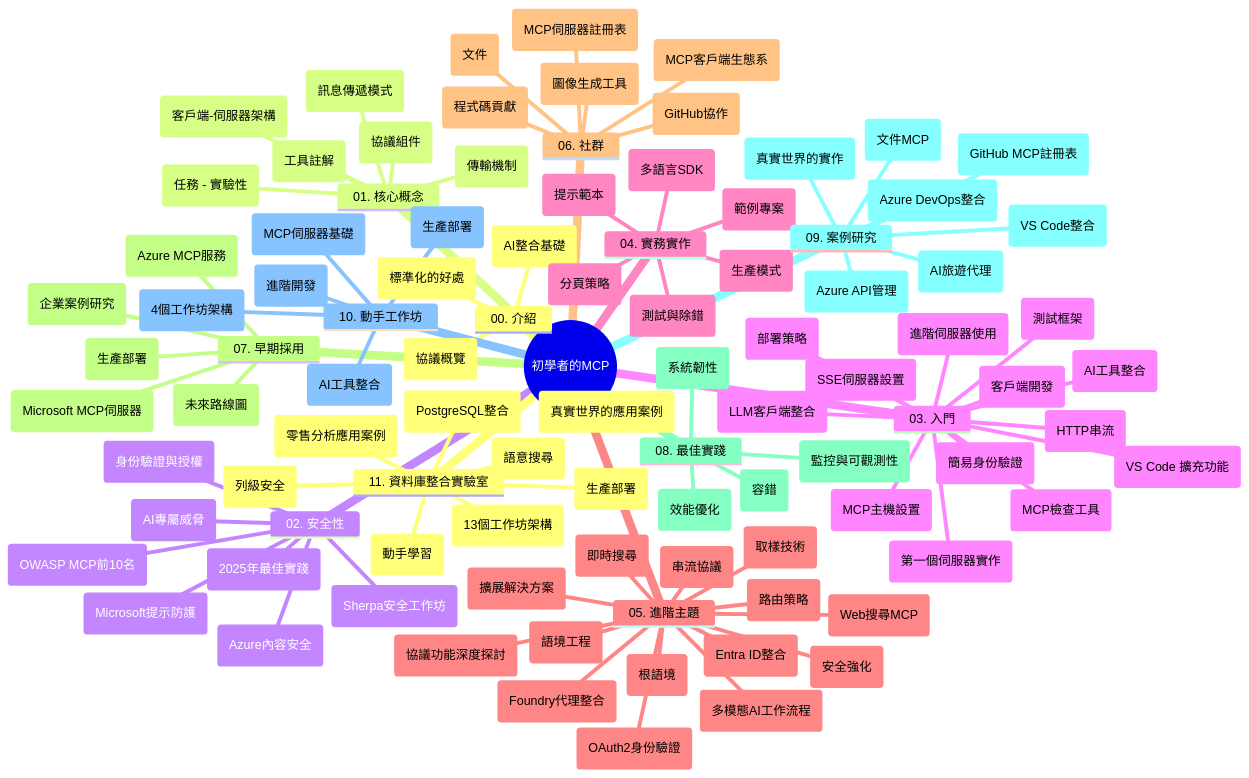
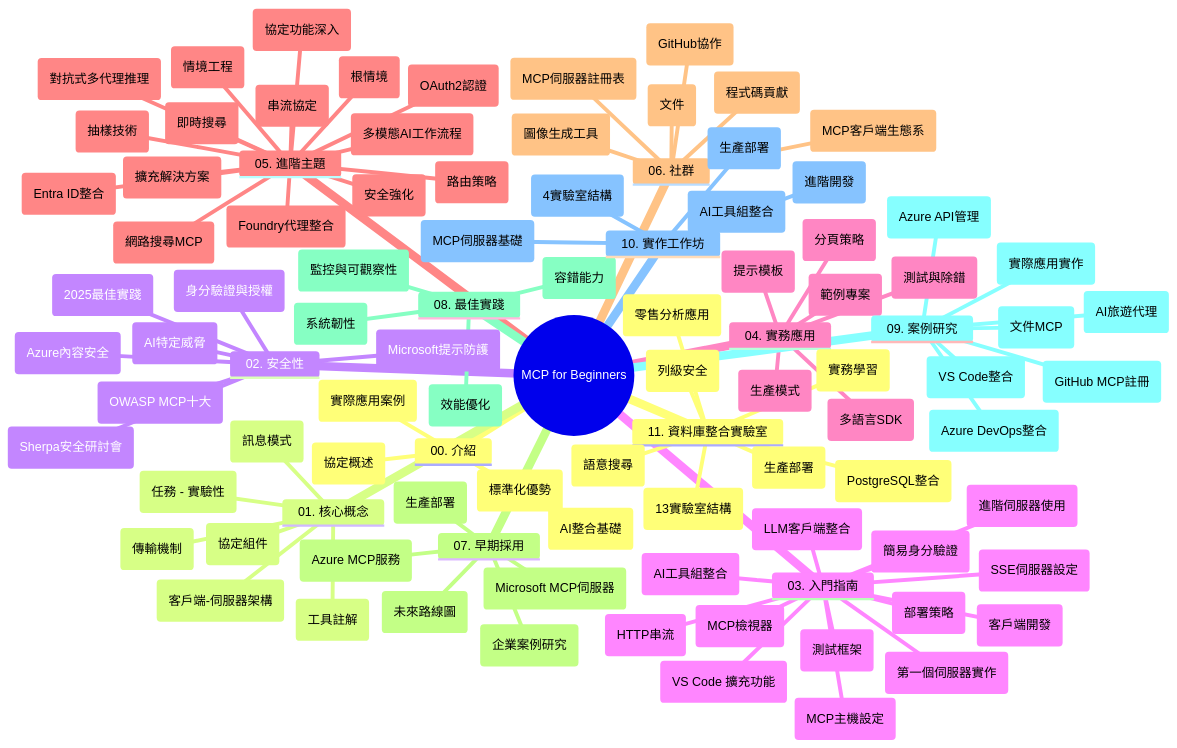
The diagram in mcp_ecosystem__model_context_protocol/mcp_learning_resources/mcp-for-beginners/translations/zh-TW/study_guide.md (HIDORAKAI002/ai-workspace-archive), drawn with Mermaid before and after one commit. The commit also changed other lines of this file and 2497 other files, not shown here.

````diff
--- a/mcp_ecosystem__model_context_protocol/mcp_learning_resources/mcp-for-beginners/translations/zh-TW/study_guide.md
+++ b/mcp_ecosystem__model_context_protocol/mcp_learning_resources/mcp-for-beginners/translations/zh-TW/study_guide.md
@@ -11,68 +11,69 @@
 ```mermaid
 mindmap
-  root((初學者的MCP))
+  root((MCP for Beginners))
     00. 介紹
       ::icon(fa fa-book)
-      (協議概覽)
-      (標準化的好處)
-      (真實世界的應用案例)
+      (協定概述)
+      (標準化優勢)
+      (實際應用案例)
       (AI整合基礎)
     01. 核心概念
       ::icon(fa fa-puzzle-piece)
       (客戶端-伺服器架構)
-      (協議組件)
-      (訊息傳遞模式)
+      (協定組件)
+      (訊息模式)
       (傳輸機制)
       (任務 - 實驗性)
       (工具註解)
     02. 安全性
       ::icon(fa fa-shield)
-      (AI專屬威脅)
-      (2025年最佳實踐)
+      (AI特定威脅)
+      (2025最佳實踐)
       (Azure內容安全)
-      (身份驗證與授權)
+      (身分驗證與授權)
       (Microsoft提示防護)
-      (OWASP MCP前10名)
-      (Sherpa安全工作坊)
-    03. 入門
+      (OWASP MCP十大)
+      (Sherpa安全研討會)
+    03. 入門指南
       ::icon(fa fa-rocket)
       (第一個伺服器實作)
       (客戶端開發)
       (LLM客戶端整合)
       (VS Code 擴充功能)
-      (SSE伺服器設置)
+      (SSE伺服器設定)
       (HTTP串流)
-      (AI工具整合)
+      (AI工具組整合)
       (測試框架)
       (進階伺服器使用)
-      (簡易身份驗證)
+      (簡易身分驗證)
       (部署策略)
-      (MCP主機設置)
-      (MCP檢查工具)
-    04. 實務實作
+      (MCP主機設定)
+      (MCP檢視器)
+    04. 實務應用
       ::icon(fa fa-code)
       (多語言SDK)
       (測試與除錯)
-      (提示範本)
+      (提示模板)
       (範例專案)
       (生產模式)
       (分頁策略)
     05. 進階主題
       ::icon(fa fa-graduation-cap)
-      (語境工程)
+      (情境工程)
       (Foundry代理整合)
       (多模態AI工作流程)
-      (OAuth2身份驗證)
+      (OAuth2認證)
       (即時搜尋)
-      (串流協議)
-      (根語境)
+      (串流協定)
+      (根情境)
       (路由策略)
-      (取樣技術)
-      (擴展解決方案)
+      (抽樣技術)
+      (擴充解決方案)
       (安全強化)
       (Entra ID整合)
-      (Web搜尋MCP)
-      (協議功能深度探討)
+      (網路搜尋MCP)
+      (協定功能深入)
+      (對抗式多代理推理)
       
     06. 社群
       ::icon(fa fa-users)
@@ -92,32 +93,32 @@
     08. 最佳實踐
       ::icon(fa fa-check)
       (效能優化)
-      (容錯)
+      (容錯能力)
       (系統韌性)
-      (監控與可觀測性)
+      (監控與可觀察性)
     09. 案例研究
       ::icon(fa fa-file-text)
       (Azure API管理)
       (AI旅遊代理)
       (Azure DevOps整合)
       (文件MCP)
-      (GitHub MCP註冊表)
+      (GitHub MCP註冊)
       (VS Code整合)
-      (真實世界的實作)
-    10. 動手工作坊
+      (實際應用實作)
+    10. 實作工作坊
       ::icon(fa fa-laptop)
       (MCP伺服器基礎)
       (進階開發)
-      (AI工具整合)
+      (AI工具組整合)
       (生產部署)
-      (4個工作坊架構)
+      (4實驗室結構)
     11. 資料庫整合實驗室
       ::icon(fa fa-database)
       (PostgreSQL整合)
-      (零售分析應用案例)
+      (零售分析應用)
       (列級安全)
       (語意搜尋)
       (生產部署)
-      (13個工作坊架構)
-      (動手學習)
+      (13實驗室結構)
+      (實務學習)
 ```
````
